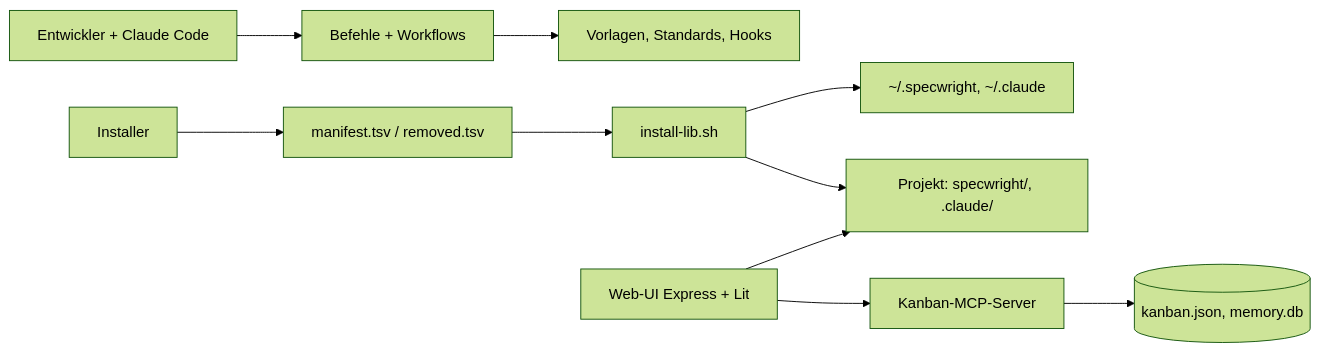
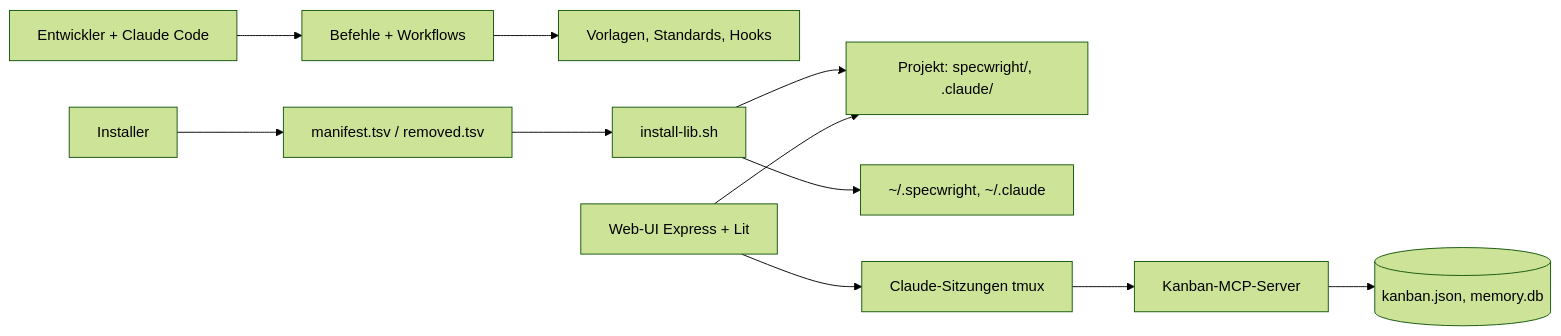
One commit to michsindlinger/specwright changed the diagram in docs/architecture.md. Above: the diagram before and after it, drawn with Mermaid (forest theme). The commit also changed other lines of this file and 15 other files, not shown here.

First line of the commit message:
docs(INT-2026-004): Stufe 3 — architecture §1/§2/§3/AR-03/§5/§10, design §7, product-brief, security §7, plan §13/§14, Screenshots ist-stufe3

````diff
--- a/docs/architecture.md
+++ b/docs/architecture.md
@@ -9,12 +9,13 @@
 ```mermaid
 flowchart LR
     DEV[Entwickler + Claude Code] --> CMD[Befehle + Workflows]
     CMD --> TPL[Vorlagen, Standards, Hooks]
     INST[Installer] --> MAN[manifest.tsv / removed.tsv]
     MAN --> LIB[install-lib.sh]
     LIB --> PROJ[Projekt: specwright/, .claude/]
     LIB --> GLOB[~/.specwright, ~/.claude]
-    UI[Web-UI Express + Lit] --> MCP[Kanban-MCP-Server]
-    UI --> PROJ
+    UI[Web-UI Express + Lit] --> PROJ
+    UI --> SESS[Claude-Sitzungen tmux]
+    SESS --> MCP[Kanban-MCP-Server]
     MCP --> KJ[(kanban.json, memory.db)]
 ```
````
